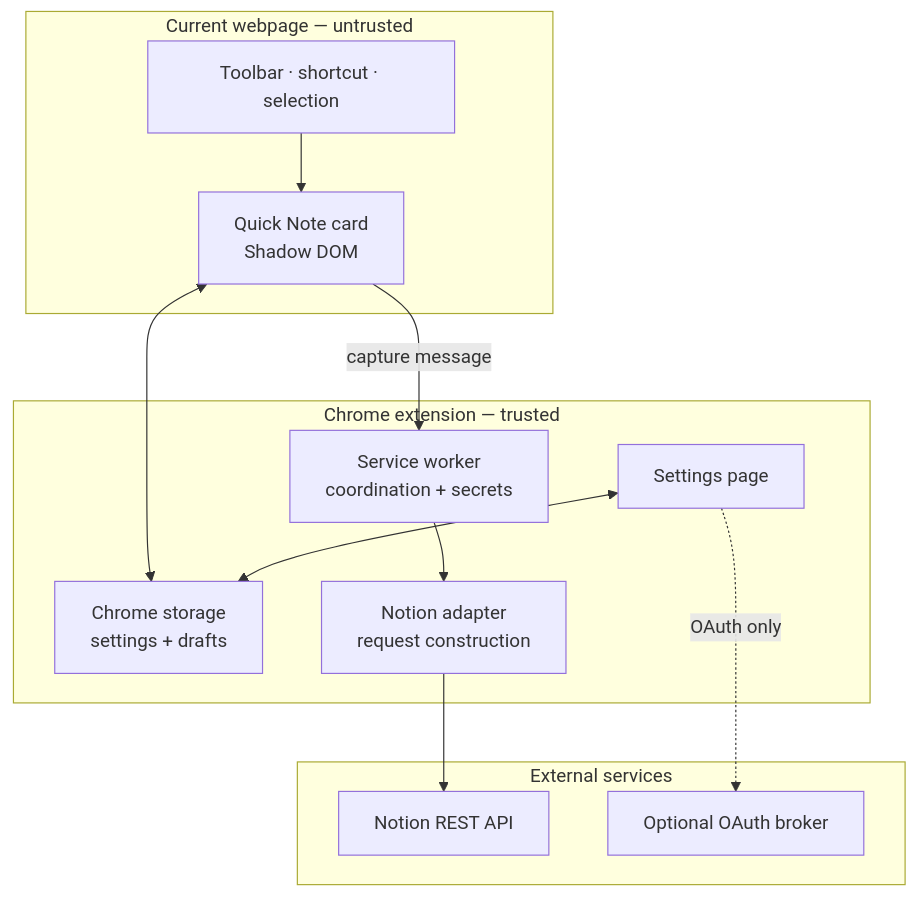
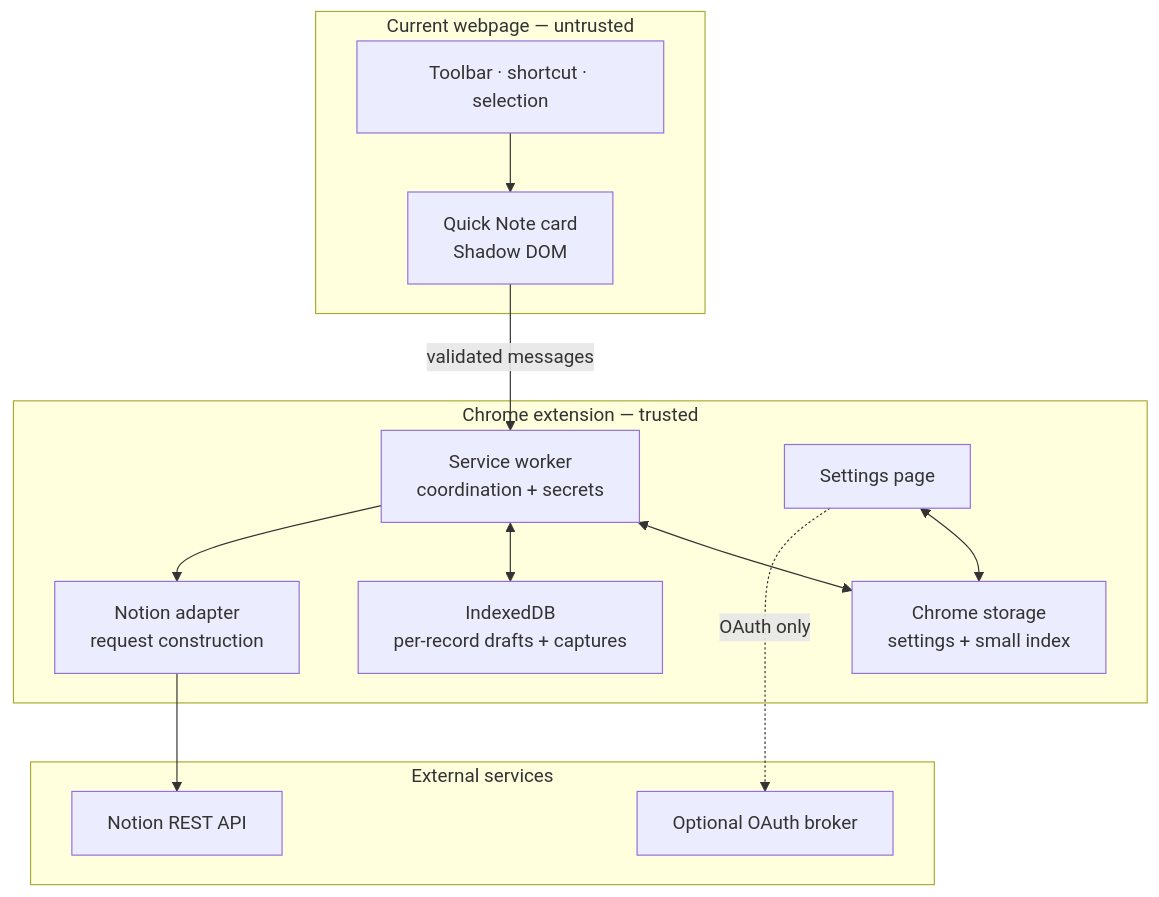
Before and after one commit to fantomsuj/notion-quick-note: the second of 10 diagrams in docs/VISUAL_GUIDE.md, drawn with Mermaid. The commit also changed other lines of this file and 81 other files, not shown here.

````diff
--- a/docs/VISUAL_GUIDE.md
+++ b/docs/VISUAL_GUIDE.md
@@ -21,26 +23,28 @@
 ```mermaid
 flowchart TD
   subgraph Page["Current webpage — untrusted"]
     Trigger["Toolbar · shortcut · selection"]
     Card["Quick Note card\nShadow DOM"]
   end
 
   subgraph Extension["Chrome extension — trusted"]
     Worker["Service worker\ncoordination + secrets"]
-    Store["Chrome storage\nsettings + drafts"]
+    Store["Chrome storage\nsettings + small index"]
+    CaptureDB["IndexedDB\nper-record drafts + captures"]
     Adapter["Notion adapter\nrequest construction"]
     Settings["Settings page"]
   end
 
   subgraph External["External services"]
     Notion["Notion REST API"]
     Broker["Optional OAuth broker"]
   end
 
   Trigger --> Card
-  Card -->|"capture message"| Worker
-  Card <--> Store
+  Card -->|"validated messages"| Worker
+  Worker <--> Store
+  Worker <--> CaptureDB
   Settings <--> Store
   Settings -. "OAuth only" .-> Broker
   Worker --> Adapter --> Notion
 ```
````
